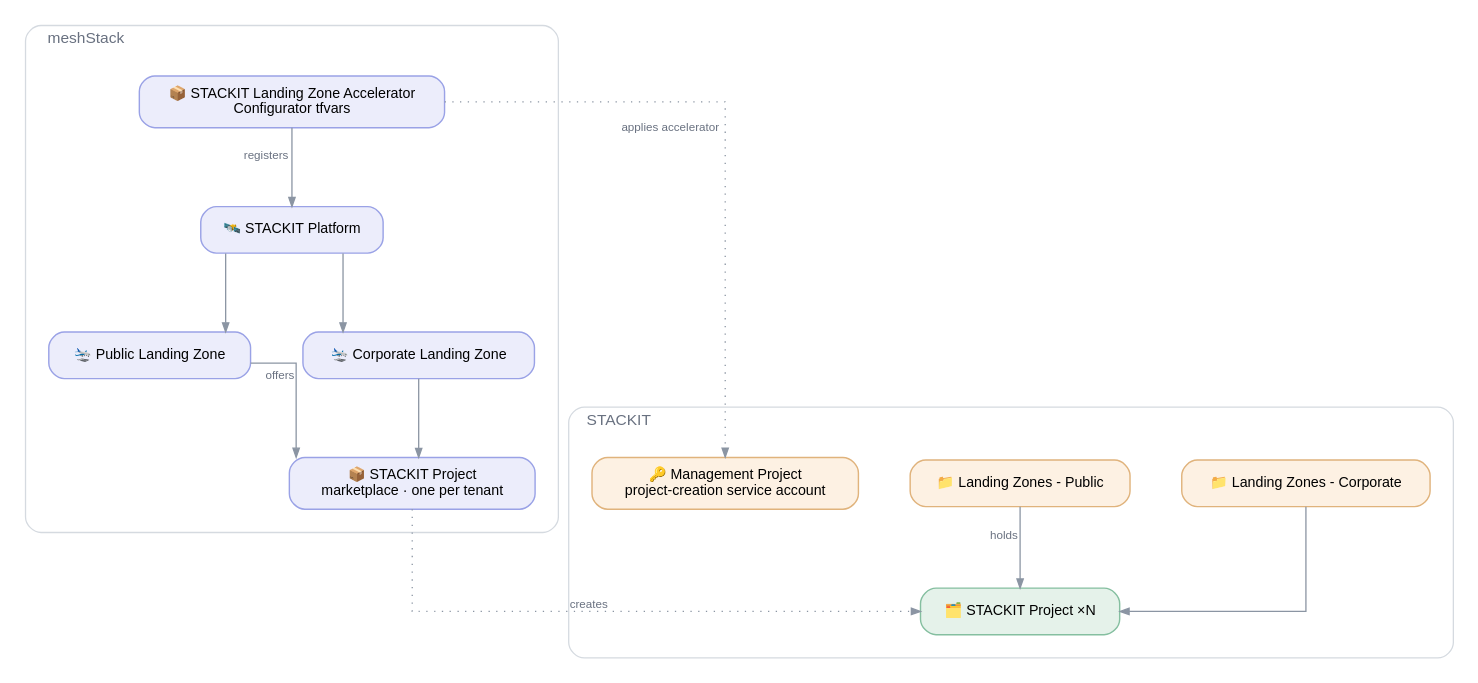
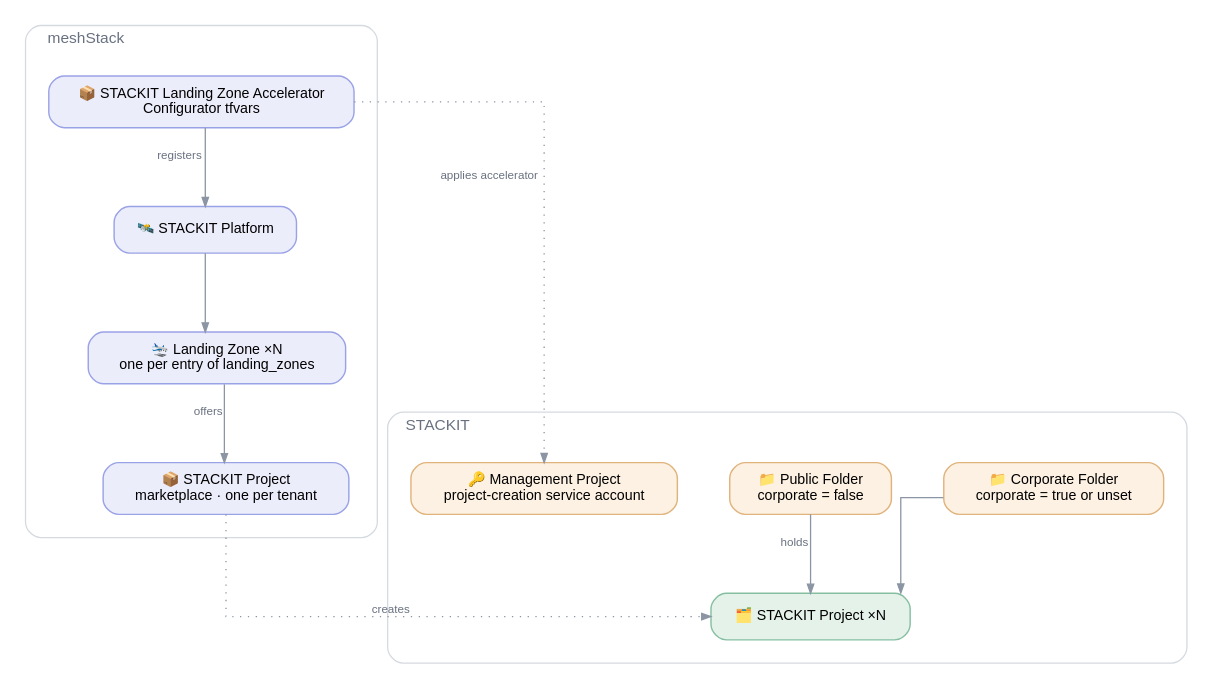
Before and after one commit to meshcloud/meshstack-hub: the diagram in reference-architectures/stackit-landingzone-accelerator/stackit-landingzone-accelerator.dot, drawn with Graphviz. The commit also changed 7 other files, not shown here.

First line of the commit message:
feat(stackit-landingzone-accelerator): create one landing zone per landing zone of the export

```diff
--- a/reference-architectures/stackit-landingzone-accelerator/stackit-landingzone-accelerator.dot
+++ b/reference-architectures/stackit-landingzone-accelerator/stackit-landingzone-accelerator.dot
@@ -1,63 +1,58 @@
 /*
  * STACKIT Landing Zone Accelerator reference architecture.
  * Conventions: .agents/references/diagrams.md — render with: task diagrams
  */
 digraph stackit_landingzone_accelerator {
   rankdir=TB
   splines=ortho
   forcelabels=true
   bgcolor="white"
   nodesep=0.55
   ranksep=0.85
 
   node [shape=box style="rounded,filled" fontname="Helvetica" fontsize=11
         fillcolor="#ffffff" color="#a2abb8" penwidth=1.1 margin="0.20,0.11"]
   edge [fontname="Helvetica" fontsize=9 fontcolor="#697180" color="#8b95a3" arrowsize=0.7]
 
   subgraph cluster_mesh {
     label="  meshStack"
     labeljust=l
     fontname="Helvetica" fontsize=12 fontcolor="#697180"
     style="rounded" color="#d5dae0"
     margin=18
 
     node [fillcolor="#ecedfb" color="#9aa2e6"]
 
     REFARCH [label="📦 STACKIT Landing Zone Accelerator\nConfigurator tfvars"]
     PLAT    [label="🛰️ STACKIT Platform"]
-    PUBLZ   [label="🛬 Public Landing Zone"]
-    CORPLZ  [label="🛬 Corporate Landing Zone"]
+    LZ      [label="🛬 Landing Zone ×N\none per entry of landing_zones"]
     PRJBBD  [label="📦 STACKIT Project\nmarketplace · one per tenant"]
 
-    { rank=same; PUBLZ -> CORPLZ [style=invis] }
-
     REFARCH -> PLAT [xlabel="registers"]
-    PLAT    -> PUBLZ
-    PLAT    -> CORPLZ
-    PUBLZ   -> PRJBBD [xlabel="offers"]
-    CORPLZ  -> PRJBBD
+    PLAT    -> LZ
+    LZ      -> PRJBBD [xlabel="offers"]
   }
 
   subgraph cluster_stackit {
     label="  STACKIT"
     labeljust=l
     fontname="Helvetica" fontsize=12 fontcolor="#697180"
     style="rounded" color="#d5dae0"
     margin=18
 
     node [fillcolor="#fdf1e3" color="#e0b37c"]
 
     MGMT    [label="🔑 Management Project\nproject-creation service account"]
-    PUBF    [label="📁 Landing Zones - Public"]
-    CORPF   [label="📁 Landing Zones - Corporate"]
+    PUBF    [label="📁 Public Folder\ncorporate = false"]
+    CORPF   [label="📁 Corporate Folder\ncorporate = true or unset"]
     PRJ     [label="🗂️ STACKIT Project ×N" fillcolor="#e5f2ea" color="#85bfa0"]
 
     { rank=same; MGMT -> PUBF -> CORPF [style=invis] }
 
     PUBF  -> PRJ [xlabel="holds"]
     CORPF -> PRJ
   }
 
   REFARCH -> MGMT [xlabel="applies accelerator" style=dotted constraint=false]
   PRJBBD  -> PRJ  [xlabel="creates" style=dotted]
 }
```
